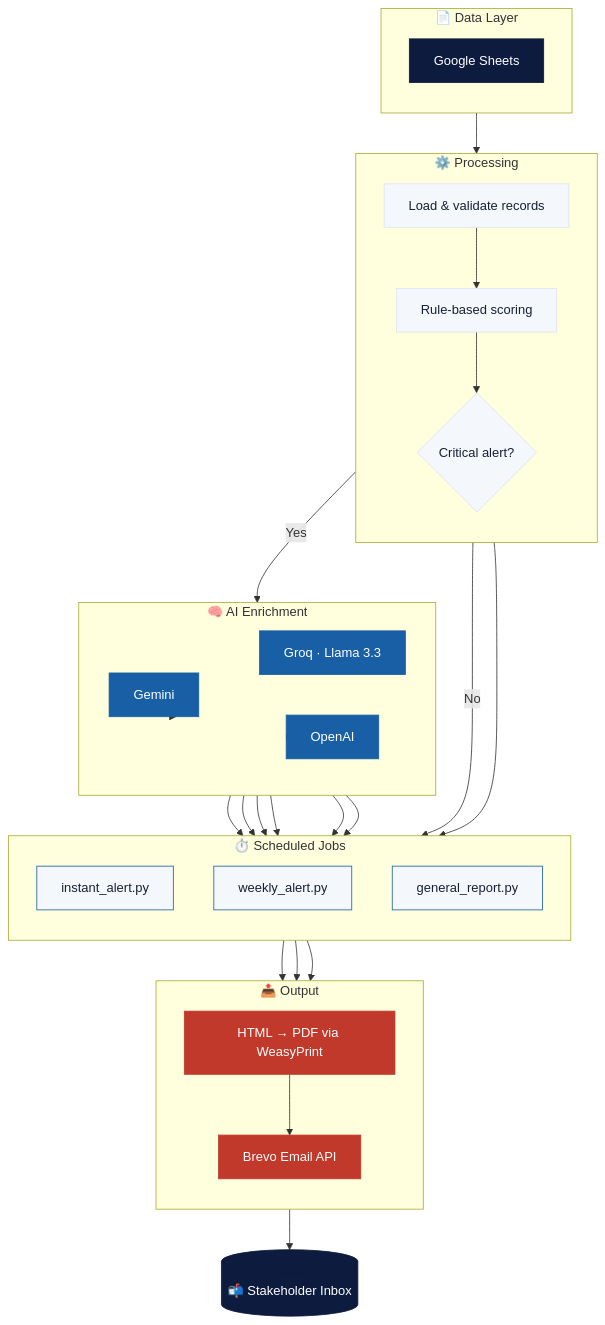
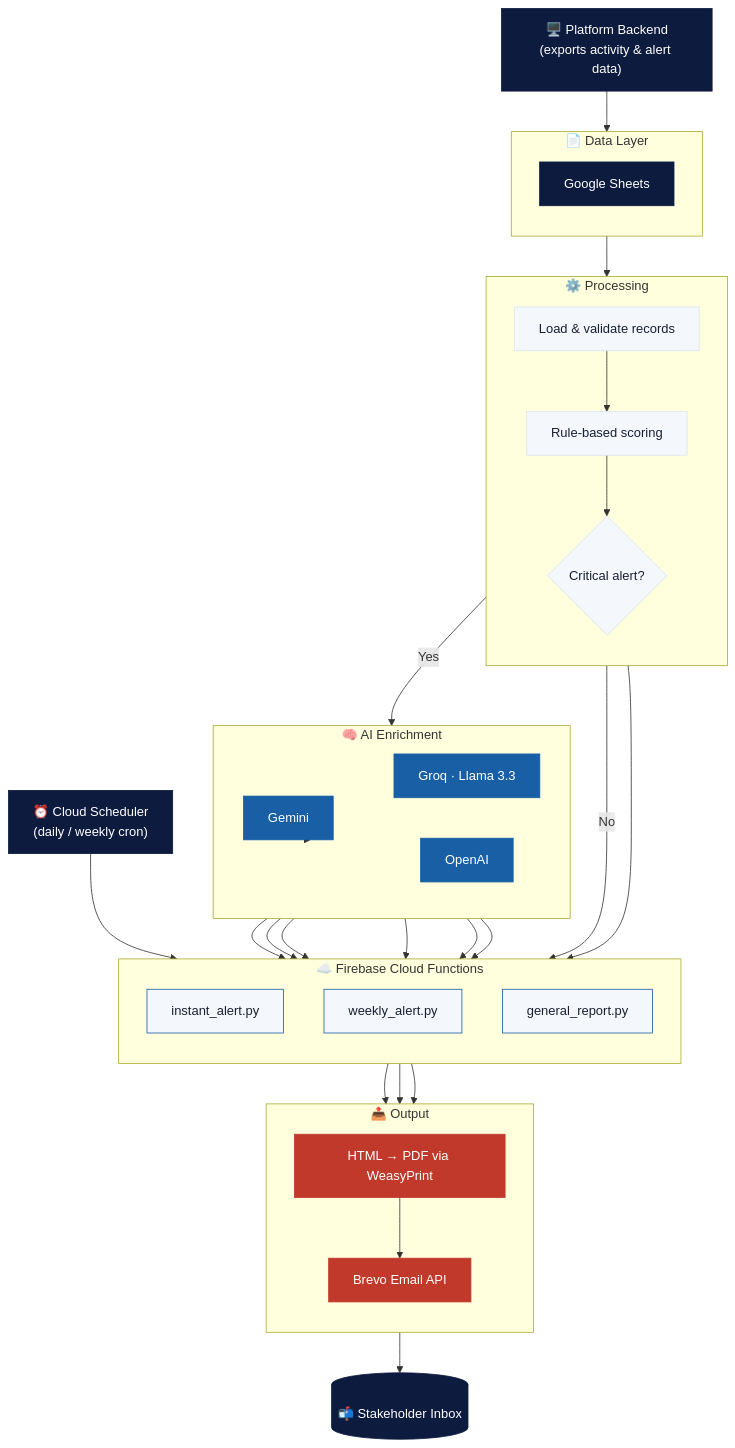
Before and after one commit to nou619/user-behavior-analysis-system: the diagram in README.md, drawn with Mermaid. The commit also changed other lines of this file, not shown here.

Commit message:
Clarify secrets are managed via Google Cloud Secret Manager in production, not .env

````diff
--- a/README.md
+++ b/README.md
@@ -60,63 +71,73 @@
 ```mermaid
 flowchart TD
+    Z["🖥️ Platform Backend<br/>(exports activity & alert data)"]
+
     subgraph SRC[" 📄 Data Layer "]
         direction TB
         A[Google Sheets]
     end
+
+    Z --> SRC
 
     subgraph PROC[" ⚙️ Processing "]
         direction TB
         B[Load & validate records]
         C[Rule-based scoring]
         D{Critical alert?}
         B --> C --> D
     end
 
     subgraph AI[" 🧠 AI Enrichment "]
         direction LR
         E1[Gemini]
         E2[Groq · Llama 3.3]
         E3[OpenAI]
     end
 
-    subgraph JOBS[" ⏱️ Scheduled Jobs "]
+    S["⏰ Cloud Scheduler<br/>(daily / weekly cron)"]
+
+    subgraph JOBS[" ☁️ Firebase Cloud Functions "]
         direction TB
         G[instant_alert.py]
         H[weekly_alert.py]
         I[general_report.py]
     end
+
+    S --> JOBS
 
     subgraph OUT[" 📤 Output "]
         direction TB
         J[HTML → PDF via WeasyPrint]
         K[Brevo Email API]
     end
 
     L[("📬 Stakeholder Inbox")]
 
     SRC --> PROC
     D -- Yes --> AI
     D -- No --> H
     AI --> E1 & E2 & E3
     E1 & E2 & E3 --> G
     E1 & E2 & E3 --> H
     B --> I
     G --> J
     H --> J
     I --> J
     J --> K --> L
 
     classDef srcStyle fill:#0D1B3E,color:#fff,stroke:#0D1B3E
     classDef procStyle fill:#F4F7FB,color:#172033,stroke:#DCE4EF
     classDef aiStyle fill:#185FA5,color:#fff,stroke:#185FA5
     classDef jobStyle fill:#F4F7FB,color:#172033,stroke:#185FA5
     classDef outStyle fill:#C0392B,color:#fff,stroke:#C0392B
     classDef inboxStyle fill:#0D1B3E,color:#fff,stroke:#0D1B3E
 
     class A srcStyle
+    class Z inboxStyle
+    class S inboxStyle
     class B,C,D procStyle
     class E1,E2,E3 aiStyle
     class G,H,I jobStyle
     class J,K outStyle
     class L inboxStyle
 ```
````
